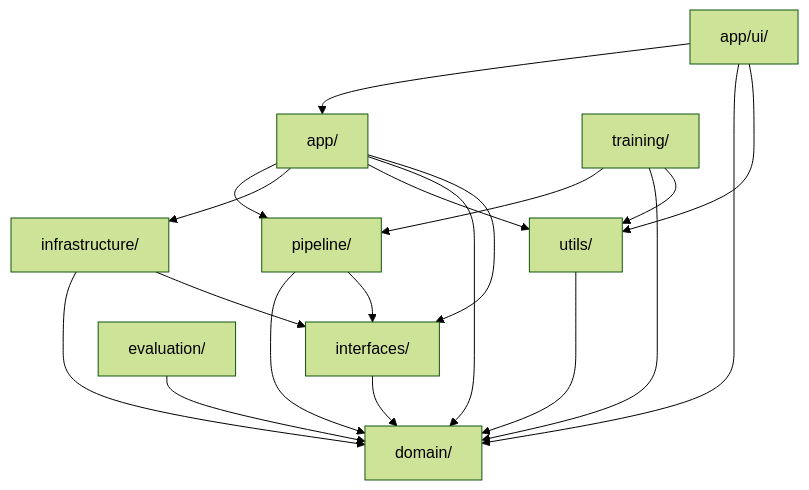
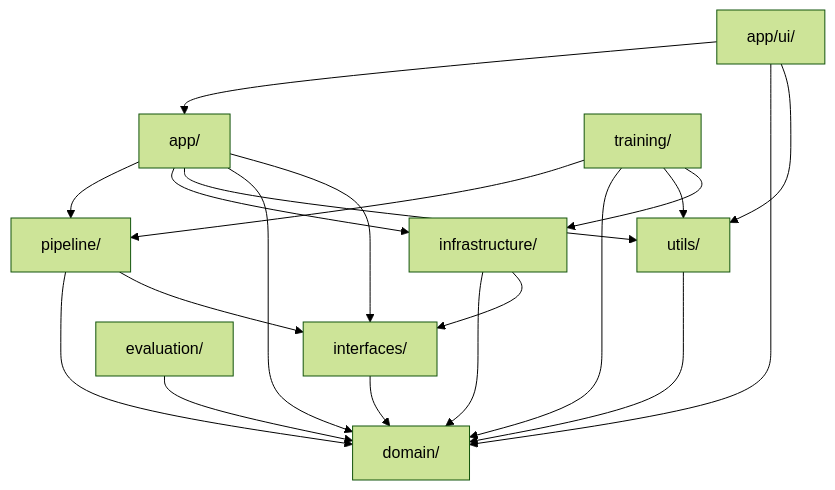
One commit to ntsrigaud/Maestro changed the diagram in docs/architecture/development-view.md. Above: the diagram before and after it, drawn with Mermaid (forest theme). The commit also changed other lines of this file and 6 other files, not shown here.

First line of the commit message:
docs(model): align architectural documents with new model defaults

````diff
--- a/docs/architecture/development-view.md
+++ b/docs/architecture/development-view.md
@@ -197,26 +198,27 @@
 ```mermaid
 graph TD
     App["app/"] --> Pipeline["pipeline/"]
     App --> Infra["infrastructure/"]
     App --> Utils["utils/"]
     App --> Domain["domain/"]
     App --> Interfaces["interfaces/"]
     UI["app/ui/"] --> App
     UI --> Domain
     UI --> Utils
     Pipeline --> Domain
     Pipeline --> Interfaces
 
     Training["training/"] --> Pipeline
     Training --> Domain
     Training --> Utils
+    Training --> Infra
 
     Infra --> Domain
     Infra --> Interfaces
 
     Evaluation["evaluation/"] --> Domain
 
     Utils --> Domain
 
     Interfaces --> Domain
 ```
````
